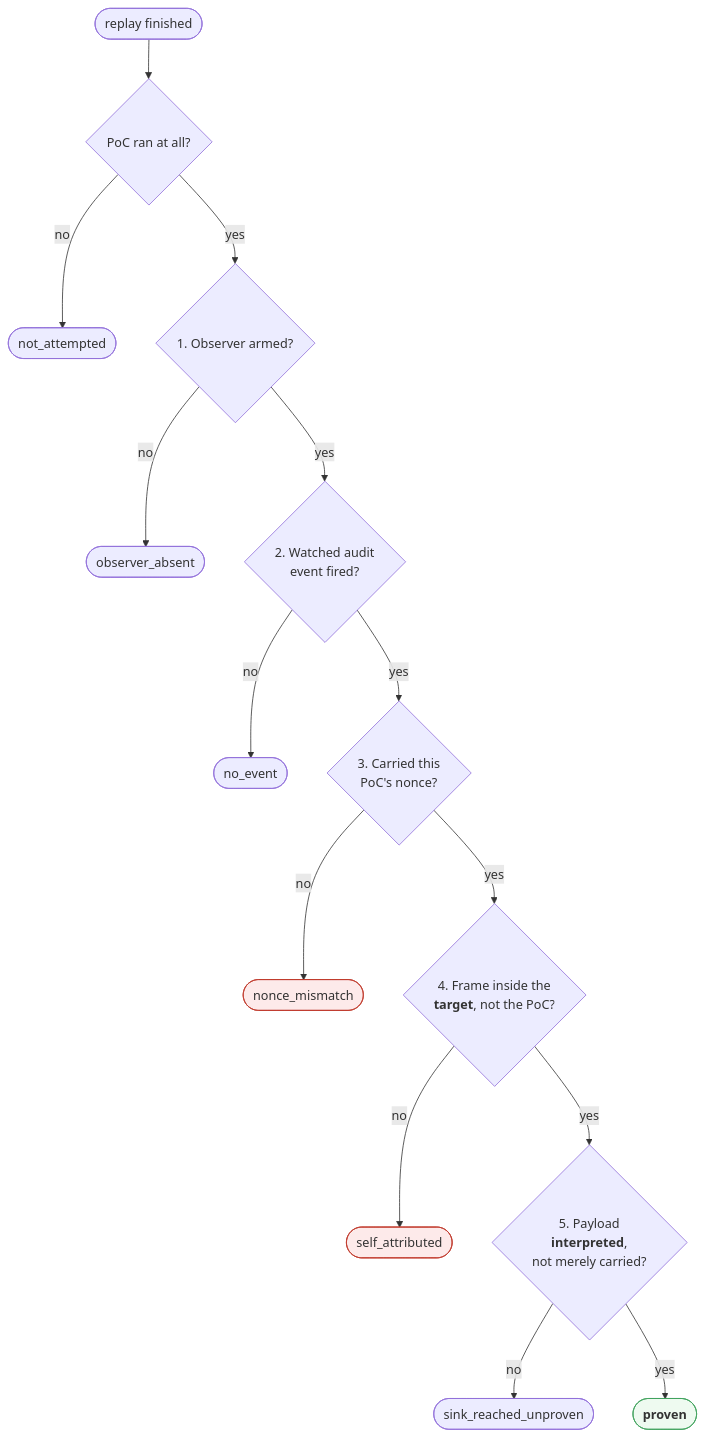
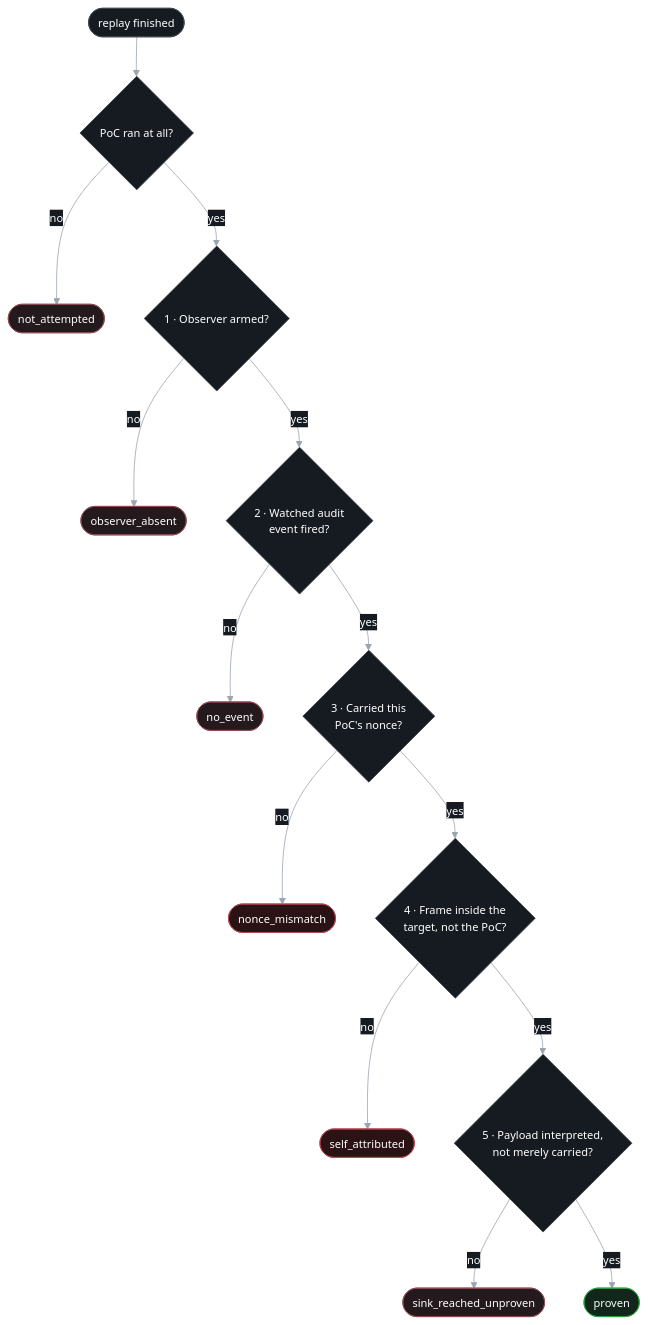
Diagram 12 of 16 in docs/ARCHITECTURE.md (0xsharz/pyhunt), drawn with Mermaid before and after one commit. The commit also changed other lines of this file and 1 other file, not shown here.

````diff
--- a/docs/ARCHITECTURE.md
+++ b/docs/ARCHITECTURE.md
@@ -350,20 +397,26 @@
 ```mermaid
+%%{init: {"theme":"base","themeVariables":{"background":"#0d1117","primaryColor":"#161b22","primaryTextColor":"#ffffff","primaryBorderColor":"#3d444d","lineColor":"#9aa4b2","secondaryColor":"#1c2128","tertiaryColor":"#21262d","mainBkg":"#161b22","textColor":"#ffffff","nodeTextColor":"#ffffff","edgeLabelBackground":"#161b22","fontSize":"14px"}}}%%
 flowchart TD
     S(["replay finished"]) --> C0{"PoC ran at all?"}
     C0 -->|no| O7(["not_attempted"])
-    C0 -->|yes| C1{"1. Observer armed?"}
+    C0 -->|yes| C1{"1 · Observer armed?"}
     C1 -->|no| O6(["observer_absent"])
-    C1 -->|yes| C2{"2. Watched audit<br/>event fired?"}
+    C1 -->|yes| C2{"2 · Watched audit<br/>event fired?"}
     C2 -->|no| O5(["no_event"])
-    C2 -->|yes| C3{"3. Carried this<br/>PoC's nonce?"}
+    C2 -->|yes| C3{"3 · Carried this<br/>PoC's nonce?"}
     C3 -->|no| O4(["nonce_mismatch"])
-    C3 -->|yes| C4{"4. Frame inside the<br/><b>target</b>, not the PoC?"}
+    C3 -->|yes| C4{"4 · Frame inside the<br/>target, not the PoC?"}
     C4 -->|no| O3(["self_attributed"])
-    C4 -->|yes| C5{"5. Payload<br/><b>interpreted</b>,<br/>not merely carried?"}
+    C4 -->|yes| C5{"5 · Payload interpreted,<br/>not merely carried?"}
     C5 -->|no| O2(["sink_reached_unproven"])
-    C5 -->|yes| O1(["<b>proven</b>"])
+    C5 -->|yes| O1(["proven"])
 
-    style O1 fill:#eefaf0,stroke:#3fa15c
-    style O3 fill:#fdeaea,stroke:#c0392b
-    style O4 fill:#fdeaea,stroke:#c0392b
+    classDef step fill:#161b22,stroke:#3d444d,color:#ffffff
+    classDef fail fill:#241a1d,stroke:#8f4a52,color:#ffffff
+    classDef hard fill:#2a1215,stroke:#b3474f,color:#ffffff
+    classDef good fill:#12261c,stroke:#2ea043,color:#ffffff
+    class S,C0,C1,C2,C3,C4,C5 step
+    class O7,O6,O5,O2 fail
+    class O4,O3 hard
+    class O1 good
 ```
````
